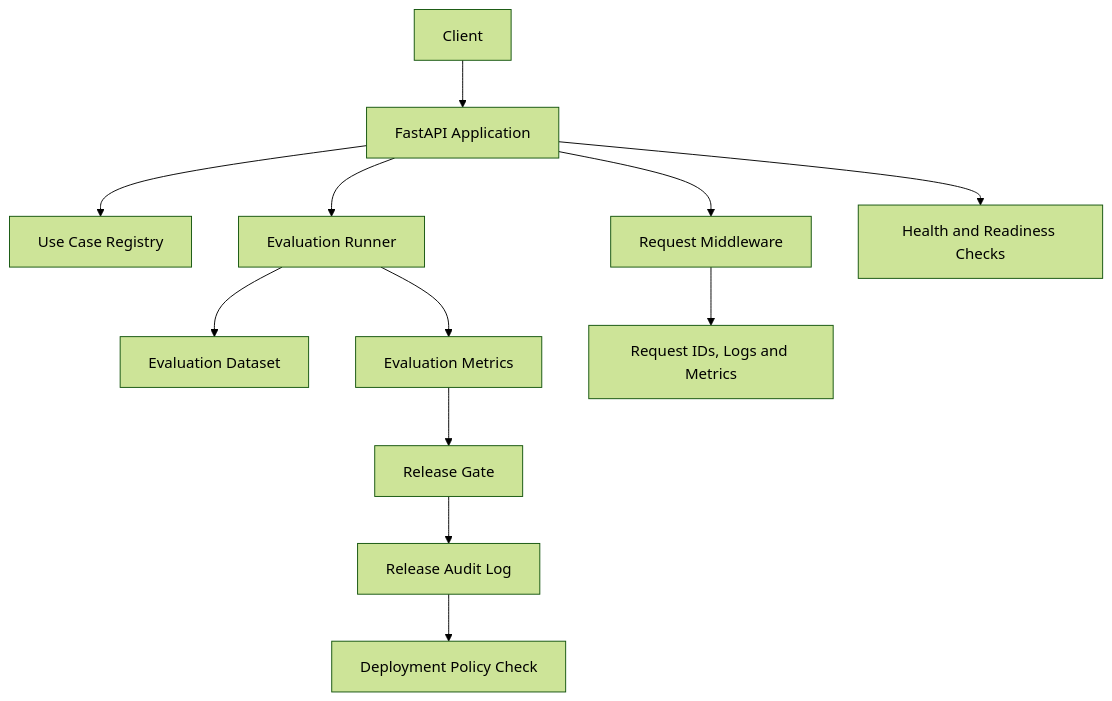
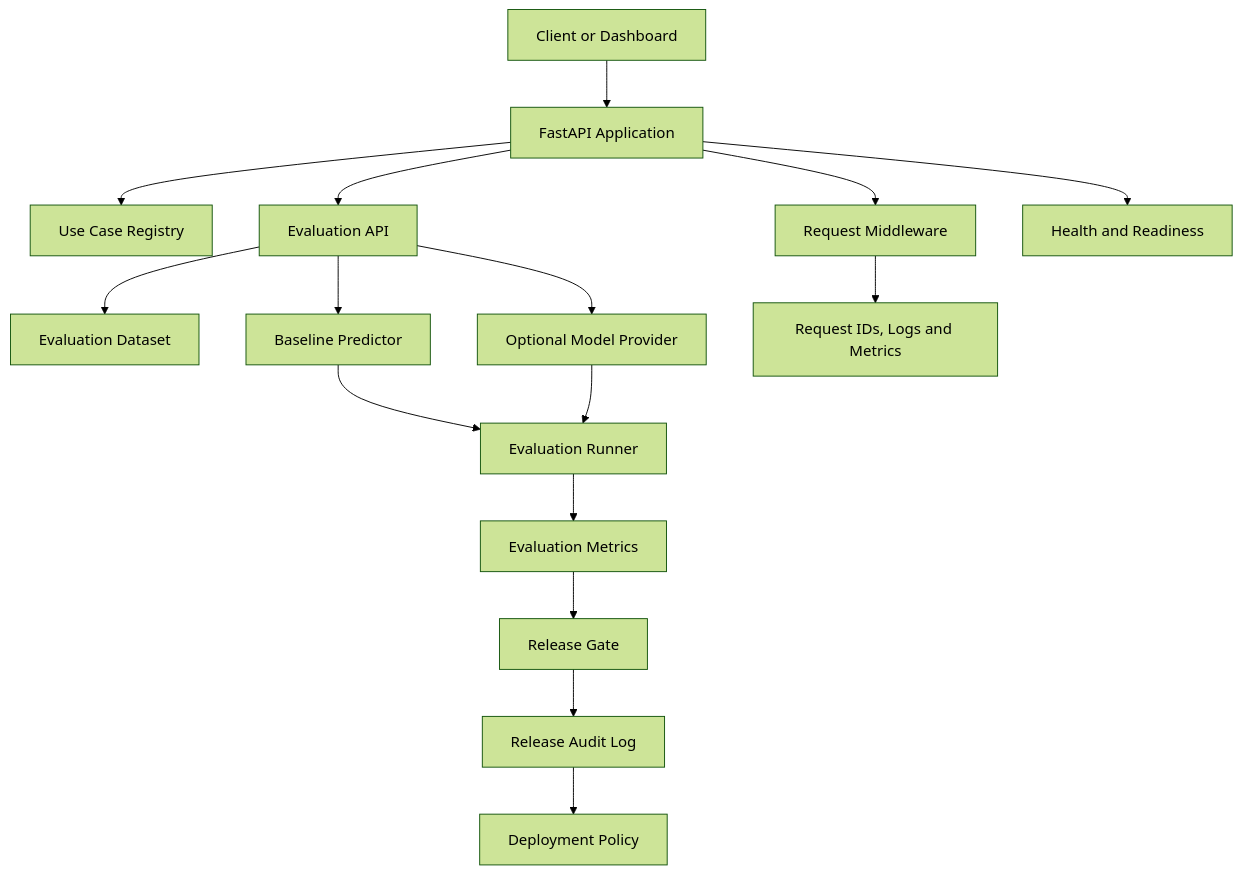
One commit to HarshitaDixit2001/enterprise-ai-deployment-platform changed the diagram in README.md. Above: the diagram before and after it, drawn with Mermaid (forest theme). The commit also changed other lines of this file and 5 other files, not shown here.

Commit message:
Add optional provider-based evaluation

````diff
--- a/README.md
+++ b/README.md
@@ -23,14 +26,18 @@
 ```mermaid
 flowchart TD
-    A[Client] --> B[FastAPI Application]
+    A[Client or Dashboard] --> B[FastAPI Application]
     B --> C[Use Case Registry]
-    B --> D[Evaluation Runner]
+    B --> D[Evaluation API]
     D --> E[Evaluation Dataset]
-    D --> F[Evaluation Metrics]
-    F --> G[Release Gate]
-    G --> H[Release Audit Log]
-    H --> I[Deployment Policy Check]
-    B --> J[Request Middleware]
-    J --> K[Request IDs, Logs and Metrics]
-    B --> L[Health and Readiness Checks]
+    D --> F[Baseline Predictor]
+    D --> G[Optional Model Provider]
+    F --> H[Evaluation Runner]
+    G --> H
+    H --> I[Evaluation Metrics]
+    I --> J[Release Gate]
+    J --> K[Release Audit Log]
+    K --> L[Deployment Policy]
+    B --> M[Request Middleware]
+    M --> N[Request IDs, Logs and Metrics]
+    B --> O[Health and Readiness]
 ```
````
